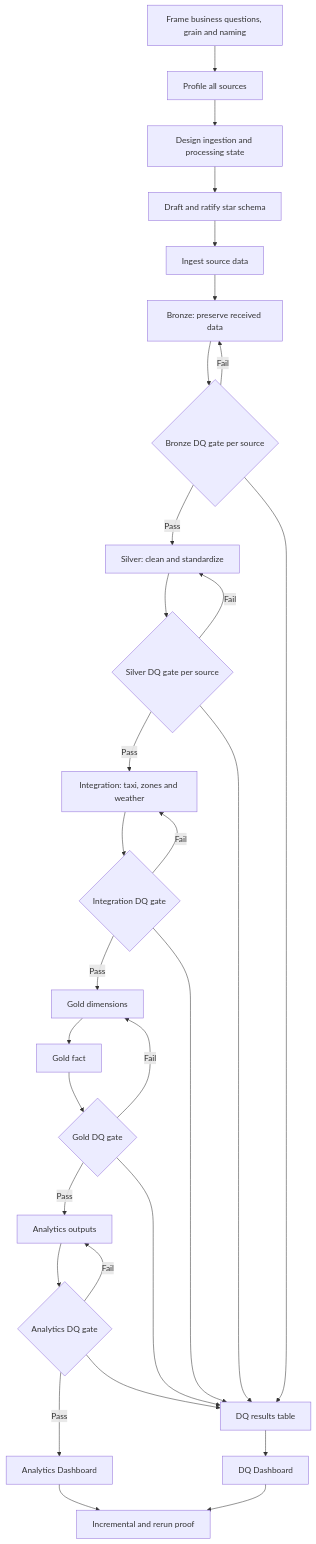
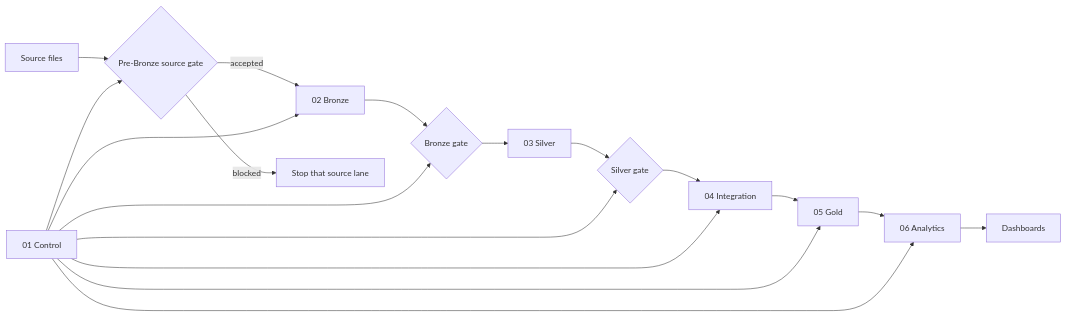
The diagram in README.md (hyenalouise/nyc-mobility-pipeline), drawn with Mermaid before and after one commit. The commit also changed other lines of this file and 52 other files, not shown here.

````diff
--- a/README.md
+++ b/README.md
@@ -6,34 +31,21 @@
 ```mermaid
-flowchart TD
-    A[Frame business questions, grain and naming] --> B[Profile all sources]
-    B --> C[Design ingestion and processing state]
-    C --> D[Draft and ratify star schema]
-    D --> E[Ingest source data]
-    E --> F[Bronze: preserve received data]
-    F --> G{Bronze DQ gate per source}
-    G -- Fail --> F
-    G -- Pass --> H[Silver: clean and standardize]
-    H --> I{Silver DQ gate per source}
-    I -- Fail --> H
-    I -- Pass --> J[Integration: taxi, zones and weather]
-    J --> K{Integration DQ gate}
-    K -- Fail --> J
-    K -- Pass --> L[Gold dimensions]
-    L --> M[Gold fact]
-    M --> N{Gold DQ gate}
-    N -- Fail --> L
-    N -- Pass --> O[Analytics outputs]
-    O --> P{Analytics DQ gate}
-    P -- Fail --> O
-    P -- Pass --> Q[Analytics Dashboard]
+flowchart LR
+    source[Source files] --> gate{Pre-Bronze source gate}
+    gate -->|accepted| bronze[02 Bronze]
+    gate -->|blocked| stop[Stop that source lane]
+    bronze --> bronze_dq{Bronze gate}
+    bronze_dq --> silver[03 Silver]
+    silver --> silver_dq{Silver gate}
+    silver_dq --> integration[04 Integration]
+    integration --> gold[05 Gold]
+    gold --> analytics[06 Analytics]
+    analytics --> dashboards[Dashboards]
 
-    G --> R[DQ results table]
-    I --> R
-    K --> R
-    N --> R
-    P --> R
-    R --> S[DQ Dashboard]
-
-    Q --> T[Incremental and rerun proof]
-    S --> T
+    control[01 Control] --> gate
+    control --> bronze
+    control --> bronze_dq
+    control --> silver_dq
+    control --> integration
+    control --> gold
+    control --> analytics
 ```
````
